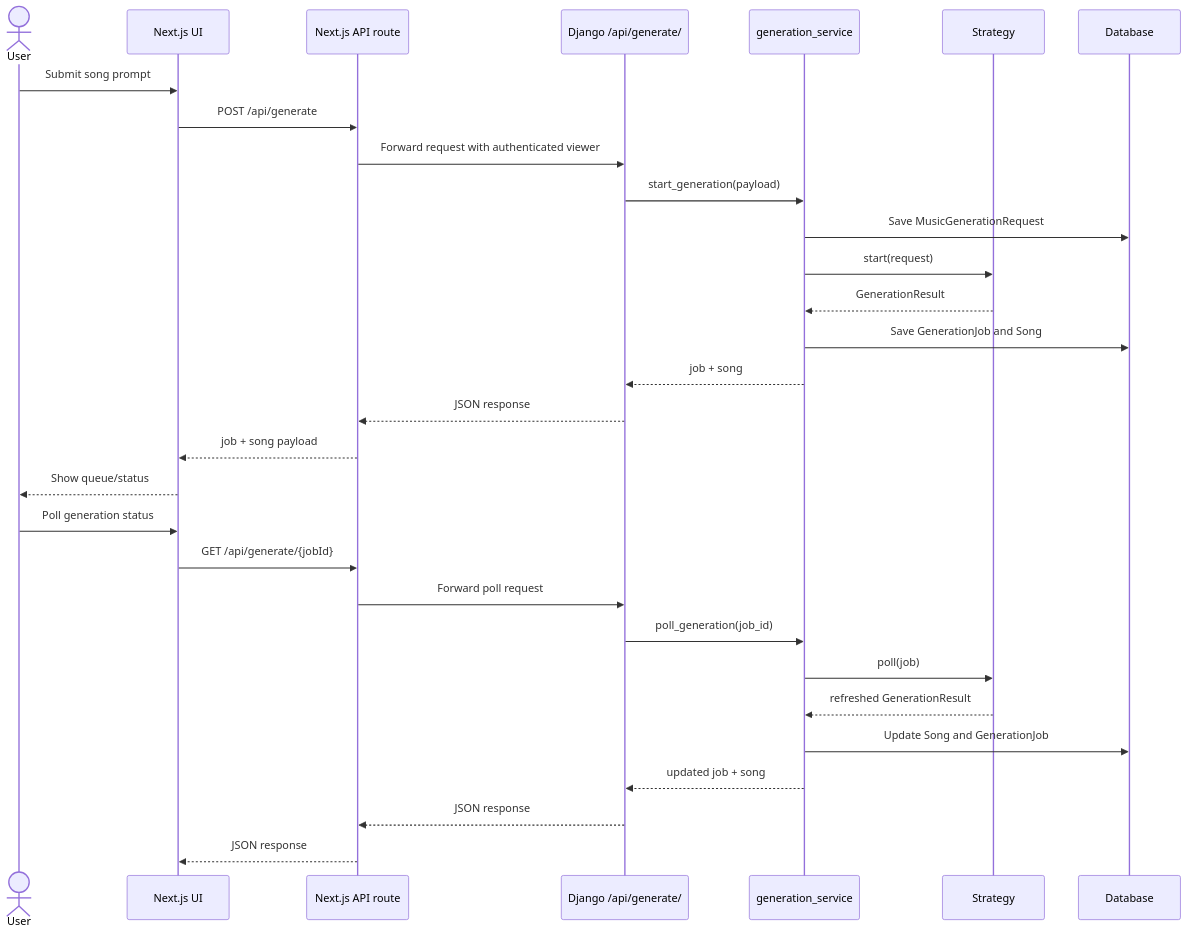
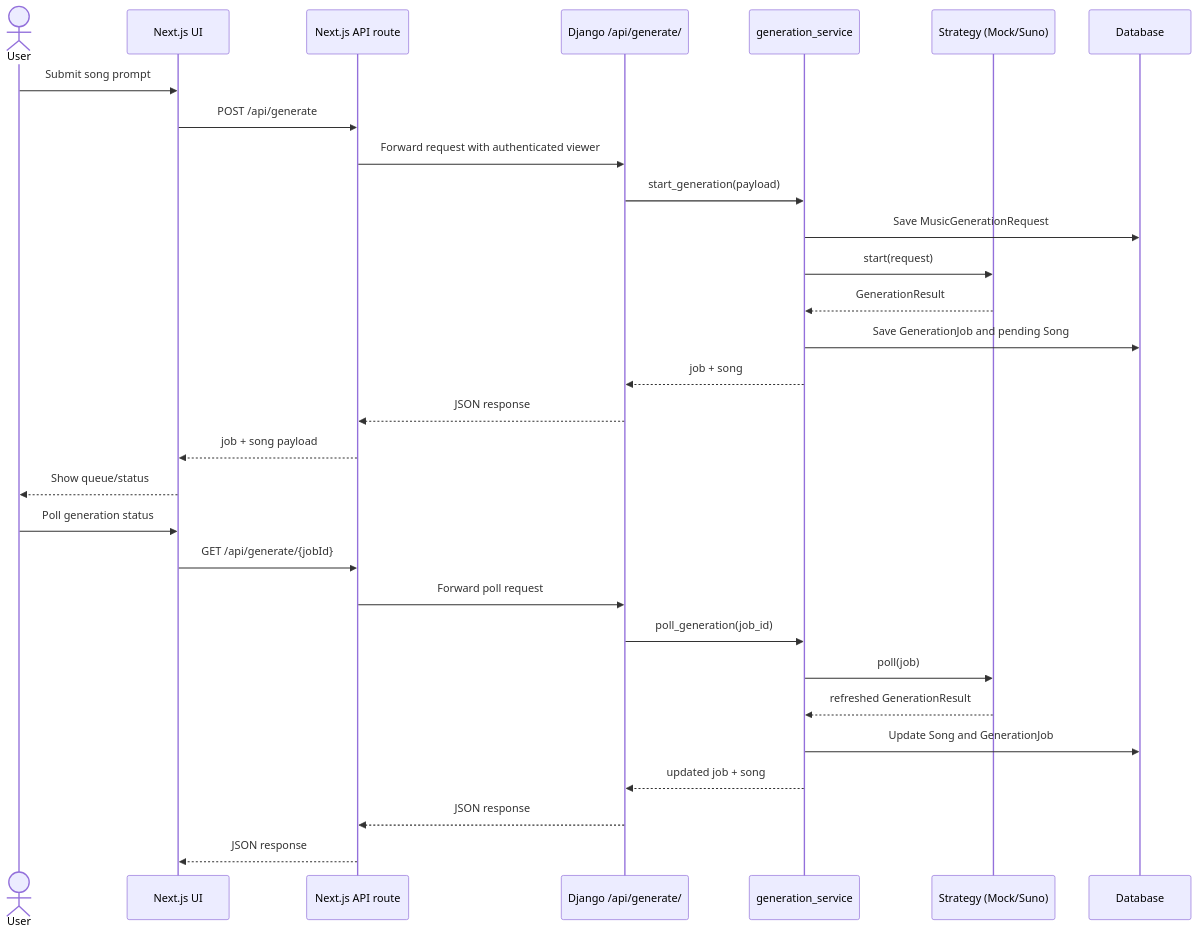
Before and after one commit to NapatKulnarong/cithai: the second of 2 diagrams in README.md, drawn with Mermaid. The commit also changed other lines of this file and 4 other files, not shown here.

````diff
--- a/README.md
+++ b/README.md
@@ -229,34 +237,35 @@
 ```mermaid
 sequenceDiagram
     actor User
     participant Frontend as Next.js UI
     participant NextAPI as Next.js API route
     participant Django as Django /api/generate/
     participant Service as generation_service
-    participant Generator as Strategy
+    participant Generator as Strategy (Mock/Suno)
     participant DB as Database
 
     User->>Frontend: Submit song prompt
     Frontend->>NextAPI: POST /api/generate
     NextAPI->>Django: Forward request with authenticated viewer
     Django->>Service: start_generation(payload)
     Service->>DB: Save MusicGenerationRequest
     Service->>Generator: start(request)
     Generator-->>Service: GenerationResult
-    Service->>DB: Save GenerationJob and Song
+    Service->>DB: Save GenerationJob and pending Song
     Service-->>Django: job + song
     Django-->>NextAPI: JSON response
     NextAPI-->>Frontend: job + song payload
     Frontend-->>User: Show queue/status
     
     User->>Frontend: Poll generation status
     Frontend->>NextAPI: GET /api/generate/{jobId}
     NextAPI->>Django: Forward poll request
     Django->>Service: poll_generation(job_id)
     Service->>Generator: poll(job)
     Generator-->>Service: refreshed GenerationResult
     Service->>DB: Update Song and GenerationJob
     Service-->>Django: updated job + song
     Django-->>NextAPI: JSON response
     NextAPI-->>Frontend: JSON response
+
 ```
````
